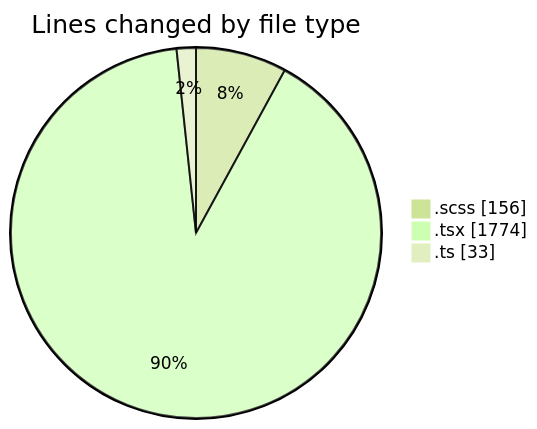
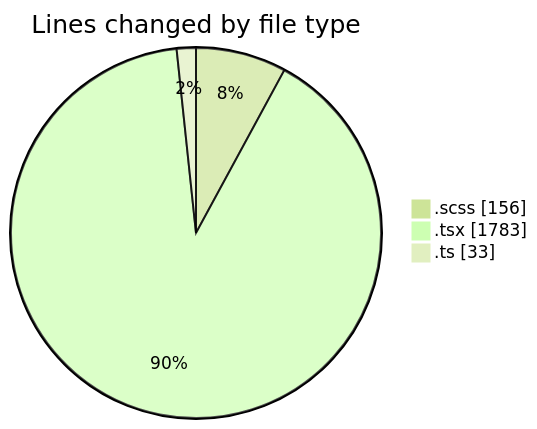
One commit to momahboobian/code-tracking changed the first of 2 diagrams in 2025-02-10/cda/README.md. Above: the diagram before and after it, drawn with Mermaid (forest theme). The commit also changed other lines of this file and 1 other file, not shown here.

````diff
--- a/2025-02-10/cda/README.md
+++ b/2025-02-10/cda/README.md
@@ -25,7 +25,7 @@
 ```mermaid
 pie showData
 title Lines changed by file type
 ".scss" : 156
-".tsx" : 1774
+".tsx" : 1783
 ".ts" : 33
 ```
````
